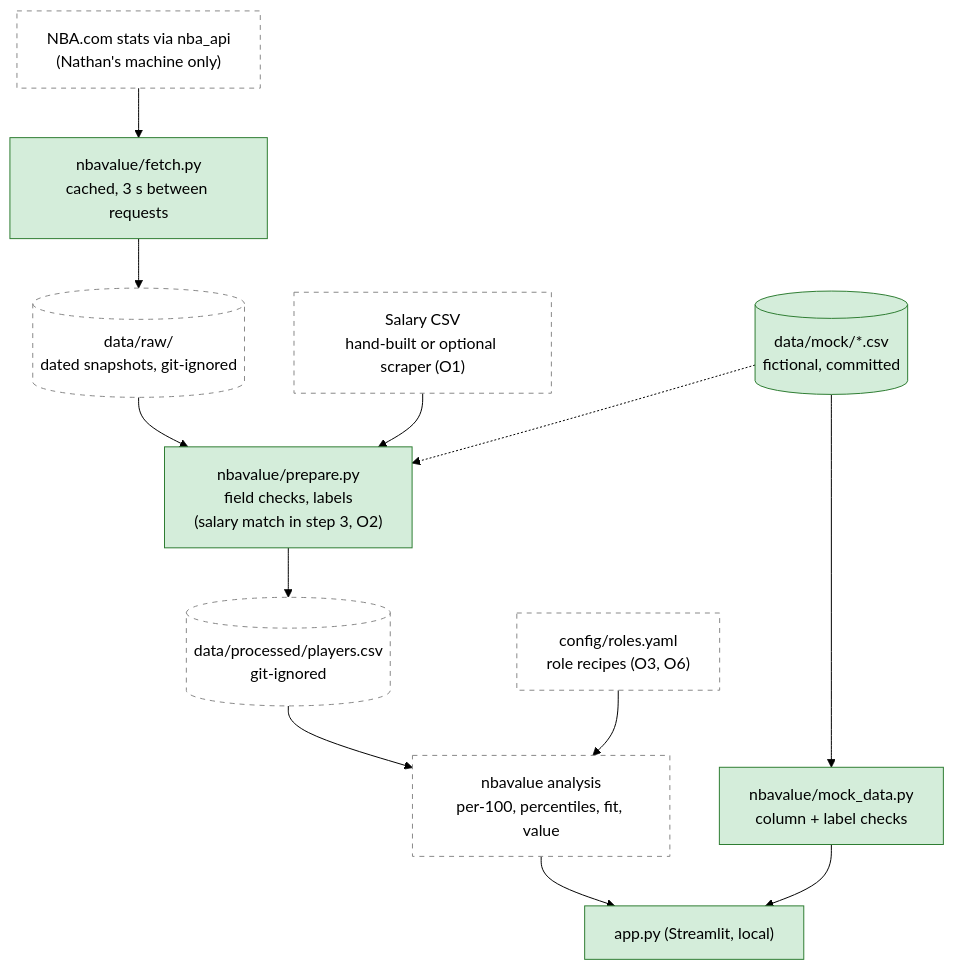
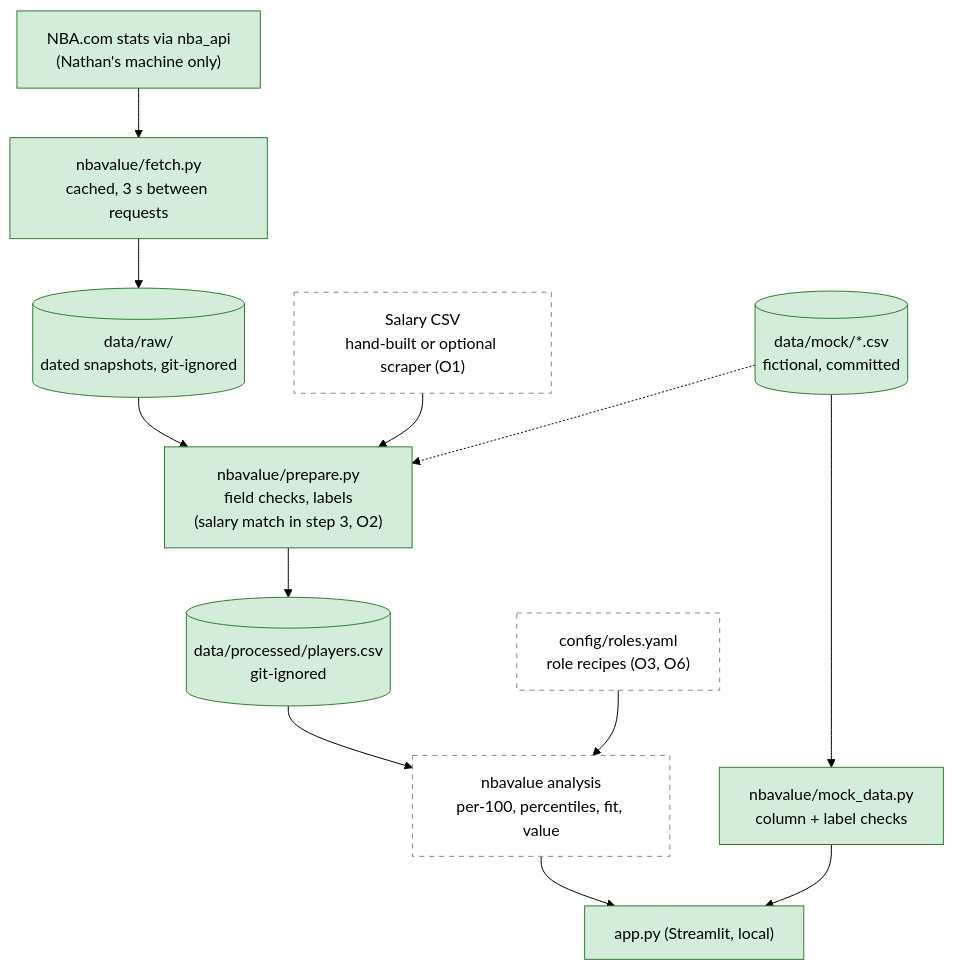
Before and after one commit to nathanZKL/EPL-Transfer-Analyzer: the diagram in docs/architecture.md, drawn with Mermaid (forest theme). The commit also changed other lines of this file and 8 other files, not shown here.

````diff
--- a/docs/architecture.md
+++ b/docs/architecture.md
@@ -45,26 +45,27 @@
 ```mermaid
 flowchart TD
   NBA["NBA.com stats via nba_api<br/>(Nathan's machine only)"]
   SAL["Salary CSV<br/>hand-built or optional scraper (O1)"]
   FS["nbavalue/fetch.py<br/>cached, 3 s between requests"]
   RAW[("data/raw/<br/>dated snapshots, git-ignored")]
   MOCK[("data/mock/*.csv<br/>fictional, committed")]
   LOAD["nbavalue/mock_data.py<br/>column + label checks"]
   PREP["nbavalue/prepare.py<br/>field checks, labels<br/>(salary match in step 3, O2)"]
   TABLE[("data/processed/players.csv<br/>git-ignored")]
   ROLES["config/roles.yaml<br/>role recipes (O3, O6)"]
   ANA["nbavalue analysis<br/>per-100, percentiles, fit, value"]
   APP["app.py (Streamlit, local)"]
 
   NBA --> FS --> RAW --> PREP
   SAL --> PREP
   PREP --> TABLE --> ANA --> APP
   ROLES --> ANA
   MOCK --> LOAD --> APP
   MOCK -.-> PREP
 
   classDef built fill:#d4edda,stroke:#2e7d32,color:#000
   classDef planned fill:#fff,stroke:#888,stroke-dasharray:5 5,color:#000
   class MOCK,LOAD,APP,FS,PREP built
-  class NBA,SAL,RAW,TABLE,ROLES,ANA planned
+  class NBA,RAW,TABLE built
+  class SAL,ROLES,ANA planned
 ```
````
